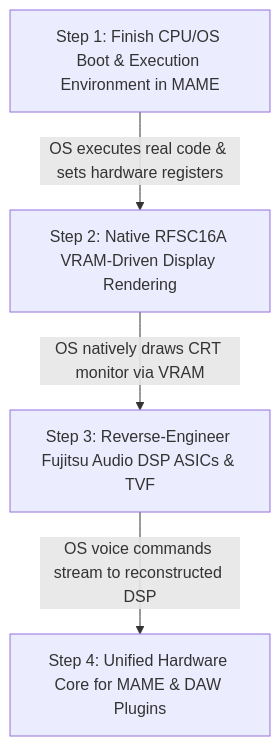
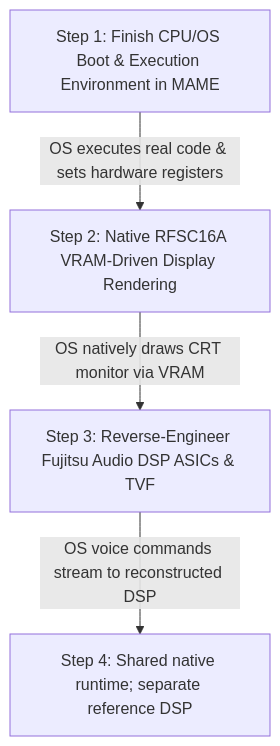
One commit to JefroB/s760-Emulator changed the second of 4 diagrams in docs/LLE_ROADMAP_AND_FIDELITY_ASSESSMENT.md. Above: the diagram before and after it, drawn with Mermaid. The commit also changed other lines of this file and 87 other files, not shown here.

````diff
--- a/docs/LLE_ROADMAP_AND_FIDELITY_ASSESSMENT.md
+++ b/docs/LLE_ROADMAP_AND_FIDELITY_ASSESSMENT.md
@@ -65,11 +67,11 @@
 ```mermaid
 flowchart TD
     Step1["Step 1: Finish CPU/OS Boot & Execution Environment in MAME"]
     Step2["Step 2: Native RFSC16A VRAM-Driven Display Rendering"]
     Step3["Step 3: Reverse-Engineer Fujitsu Audio DSP ASICs & TVF"]
-    Step4["Step 4: Unified Hardware Core for MAME & DAW Plugins"]
+    Step4["Step 4: Shared native runtime; separate reference DSP"]
 
     Step1 -->|OS executes real code & sets hardware registers| Step2
     Step2 -->|OS natively draws CRT monitor via VRAM| Step3
     Step3 -->|OS voice commands stream to reconstructed DSP| Step4
 ```
````
